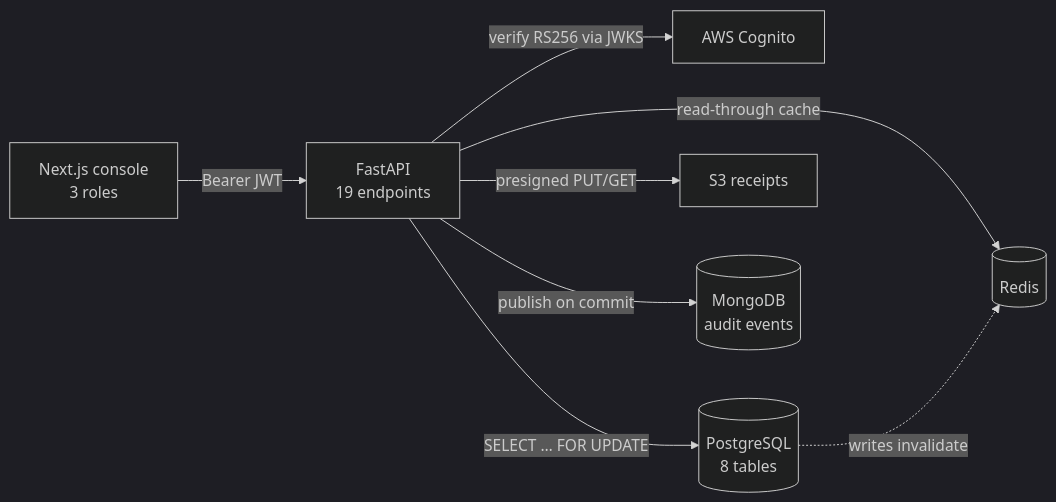
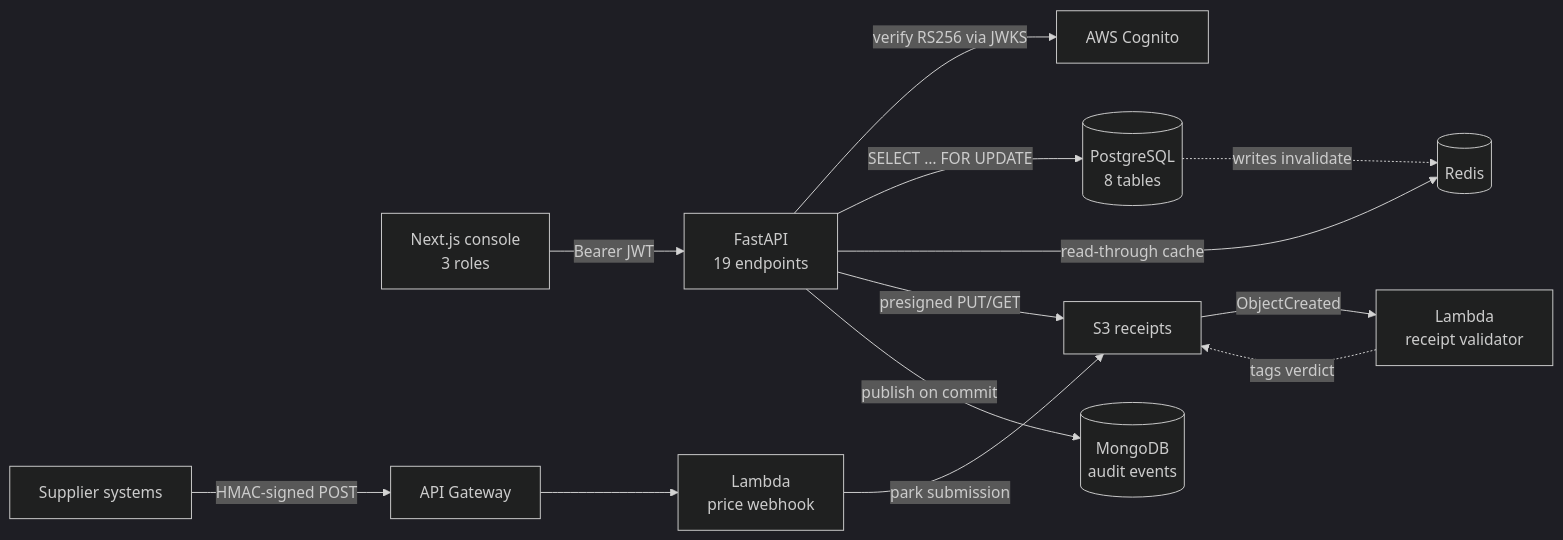
One commit to kingmars2022/stockroom-warehouse-system changed the diagram in README.md. Above: the diagram before and after it, drawn with Mermaid (dark theme). The commit also changed other lines of this file and 10 other files, not shown here.

First line of the commit message:
feat: accept supplier price pushes through API Gateway

````diff
--- a/README.md
+++ b/README.md
@@ -13,10 +13,15 @@
 ```mermaid
 flowchart LR
     B["Next.js console<br/>3 roles"] -->|"Bearer JWT"| A["FastAPI<br/>19 endpoints"]
     A -->|"verify RS256 via JWKS"| C["AWS Cognito"]
     A -->|"SELECT … FOR UPDATE"| D[("PostgreSQL<br/>8 tables")]
     A -->|"read-through cache"| R[("Redis")]
     A -->|"presigned PUT/GET"| S["S3 receipts"]
     A -->|"publish on commit"| M[("MongoDB<br/>audit events")]
     D -.->|"writes invalidate"| R
+    SUP["Supplier systems"] -->|"HMAC-signed POST"| G["API Gateway"]
+    G --> L2["Lambda<br/>price webhook"]
+    L2 -->|"park submission"| S
+    S -->|"ObjectCreated"| L1["Lambda<br/>receipt validator"]
+    L1 -.->|"tags verdict"| S
 ```
````
